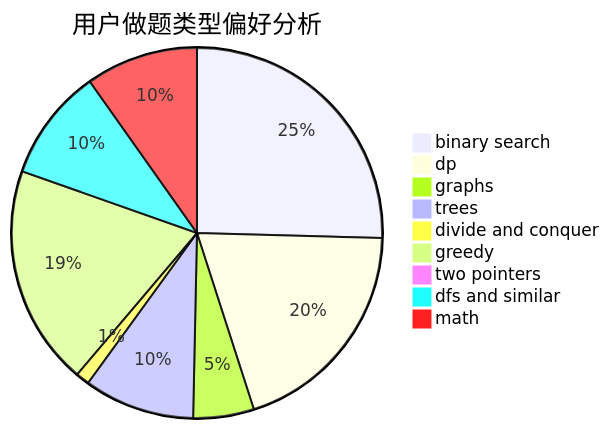
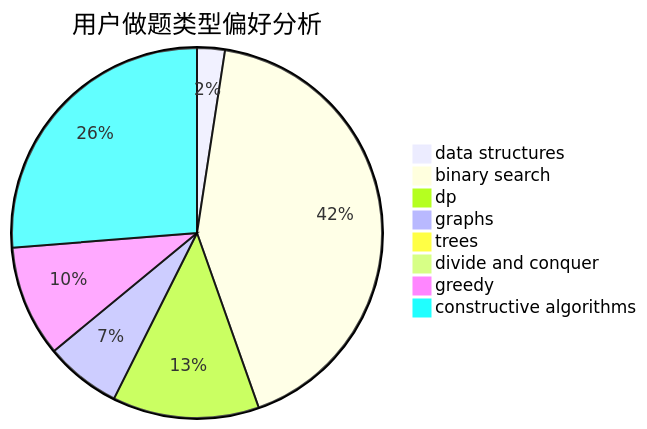
Before and after one commit to sherpahu/cfrs.github.io: the second of 3 diagrams in docs/user/u1400.md, drawn with Mermaid. The commit also changed other lines of this file and 2775 other files, not shown here.

````diff
--- a/docs/user/u1400.md
+++ b/docs/user/u1400.md
@@ -23,12 +23,11 @@
 ```mermaid
 pie title 用户做题类型偏好分析
-    "binary search" :  192
-    "dp" :  148
-    "graphs" :  40
-    "trees" :  73
-    "divide and conquer" :  9
-    "greedy" :  145
-    "two pointers" :  0
-    "dfs and similar" :  74
-    "math" :  74
+    "data structures" :  11
+    "binary search" :  191
+    "dp" :  58
+    "graphs" :  30
+    "trees" :  3
+    "divide and conquer" :  0
+    "greedy" :  44
+    "constructive algorithms" :  119
 ```
````
